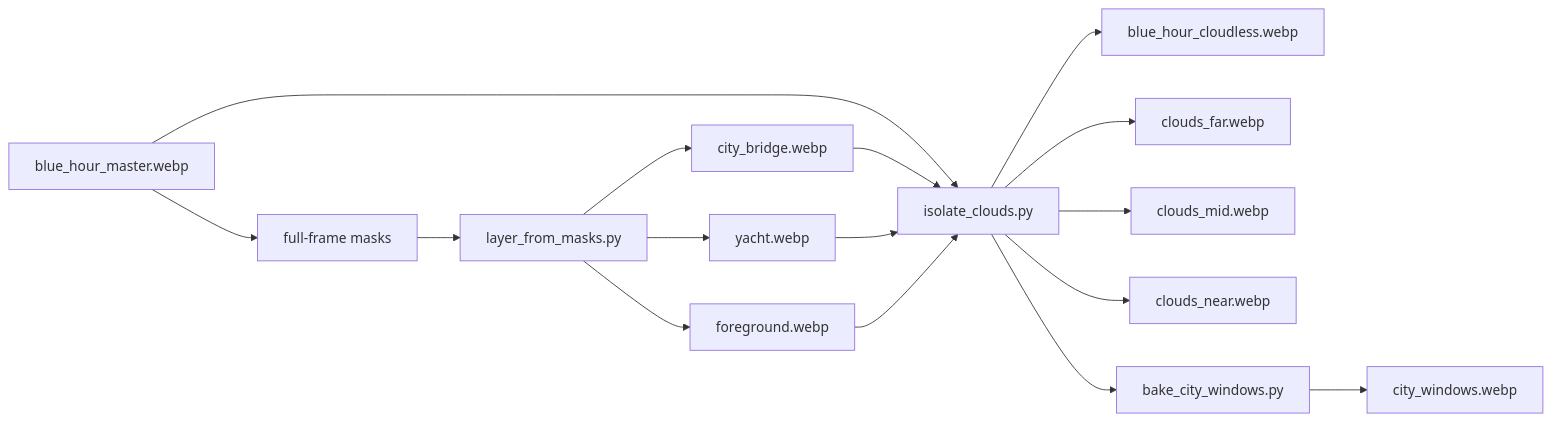
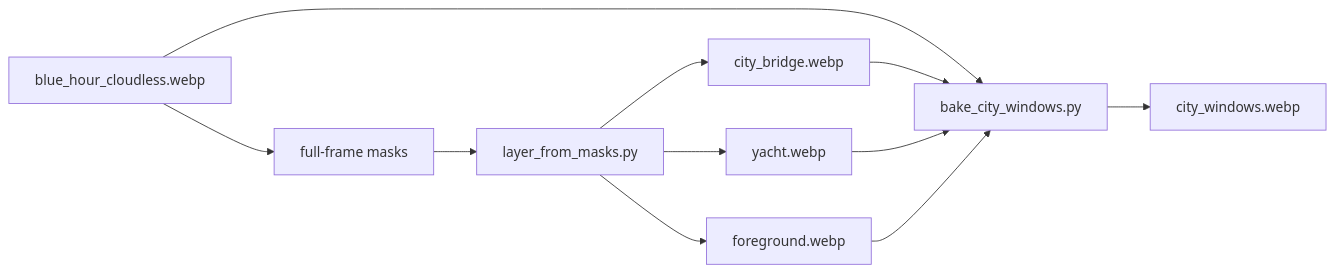
The first of 2 diagrams in tools/scenery_art/README.md (matthiasn/dancing_cats), drawn with Mermaid before and after one commit. The commit also changed other lines of this file and 14 other files, not shown here.

First line of the commit message:
feat(scenery): drop master plate, sample lights from the cloudless base (#29)

````diff
--- a/tools/scenery_art/README.md
+++ b/tools/scenery_art/README.md
@@ -51,18 +53,13 @@
 ```mermaid
 flowchart LR
-  master[blue_hour_master.webp] --> masks[full-frame masks]
+  base[blue_hour_cloudless.webp] --> masks[full-frame masks]
   masks --> lfm[layer_from_masks.py]
   lfm --> city[city_bridge.webp]
   lfm --> yacht[yacht.webp]
   lfm --> foreground[foreground.webp]
-  master --> iso[isolate_clouds.py]
-  city --> iso
-  yacht --> iso
-  foreground --> iso
-  iso --> cloudless[blue_hour_cloudless.webp]
-  iso --> far[clouds_far.webp]
-  iso --> mid[clouds_mid.webp]
-  iso --> near[clouds_near.webp]
-  iso --> bake[bake_city_windows.py]
+  base --> bake[bake_city_windows.py]
+  city --> bake
+  yacht --> bake
+  foreground --> bake
   bake --> windows[city_windows.webp]
 ```
````
